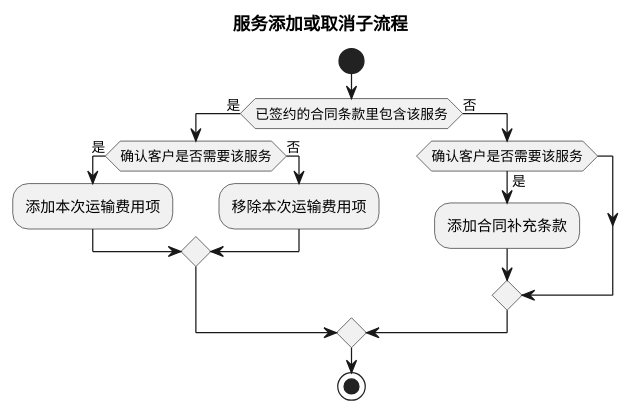
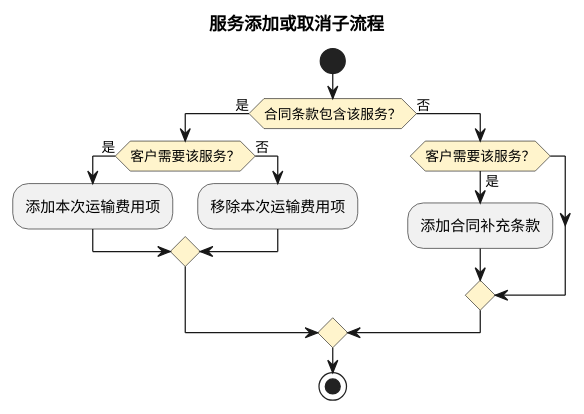
The second of 2 diagrams in product-caliber/goldjet/segmented-prd/mainflow/PRD.高捷物流系统一期.主流程.02.前置准备与服务开通流程.md (jack888332/projects-doc), drawn with PlantUML before and after one commit. The commit also changed other lines of this file and 20 other files, not shown here.

Commit message:
优化流程表对应的DLS图

````diff
--- a/product-caliber/goldjet/segmented-prd/mainflow/PRD.高捷物流系统一期.主流程.02.前置准备与服务开通流程.md
+++ b/product-caliber/goldjet/segmented-prd/mainflow/PRD.高捷物流系统一期.主流程.02.前置准备与服务开通流程.md
@@ -57,18 +58,19 @@
 ```plantuml
 @startuml
+skinparam activityDiamondBackgroundColor #FFF4CC
 title 服务添加或取消子流程
 start
-if (已签约的合同条款里包含该服务) then (是)
-  if (确认客户是否需要该服务) then (是)
+if (合同条款包含该服务？) then (是)
+  if (客户需要该服务？) then (是)
     :添加本次运输费用项;
   else (否)
     :移除本次运输费用项;
   endif
 else (否)
-  if (确认客户是否需要该服务) then (是)
+  if (客户需要该服务？) then (是)
     :添加合同补充条款;
   endif
 endif
 stop
 @enduml
 ```
````
